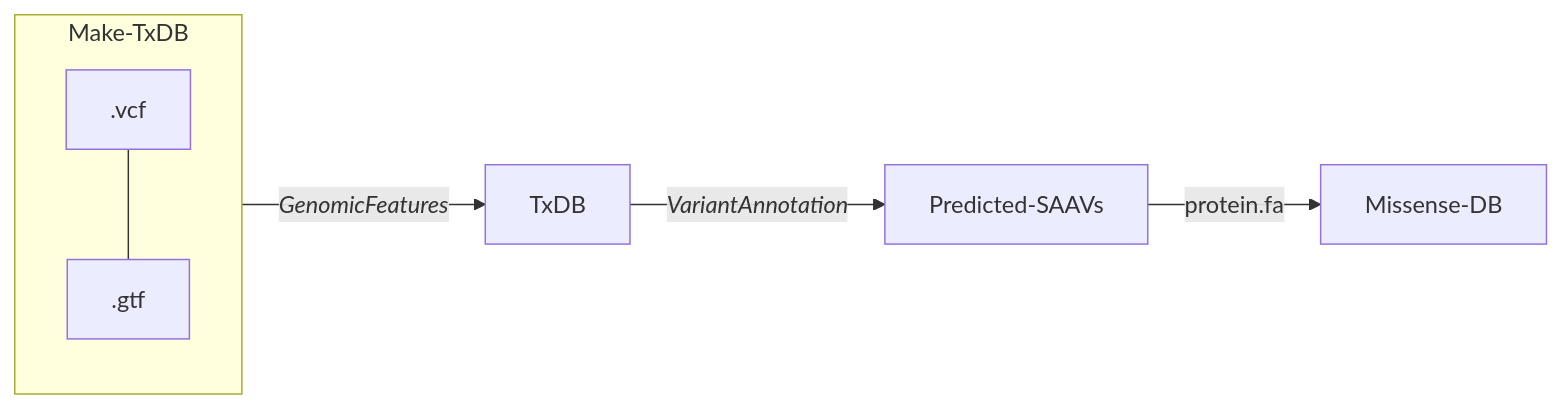
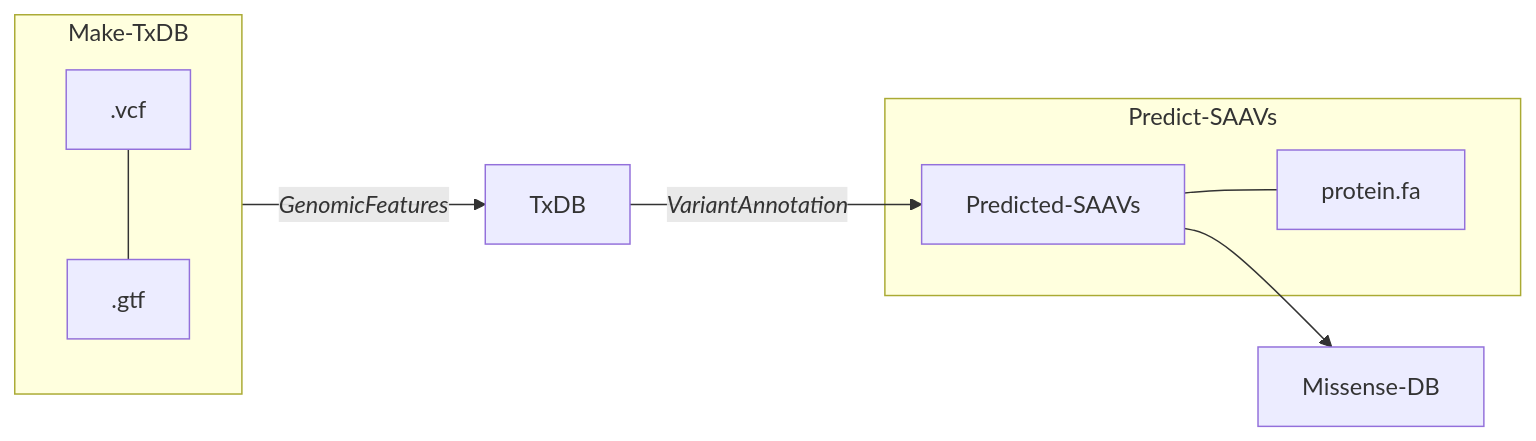
The diagram in README.md (hdesai17/chemoproteogenomics), drawn with Mermaid before and after one commit.

````diff
--- a/README.md
+++ b/README.md
@@ -19,10 +19,13 @@
 ```mermaid
 
 flowchart LR;
    subgraph Make-TxDB
    .vcf---.gtf
    end
    Make-TxDB-->|<i>GenomicFeatures<i>|TxDB
    TxDB-->|<i>VariantAnnotation<i>|Predicted-SAAVs
-   Predicted-SAAVs-->|protein.fa|Missense-DB;
+   subgraph Predict-SAAVs
+   Predicted-SAAVs---protein.fa
+   end
+   Predicted-SAAVs-->Missense-DB;
 ```
````
